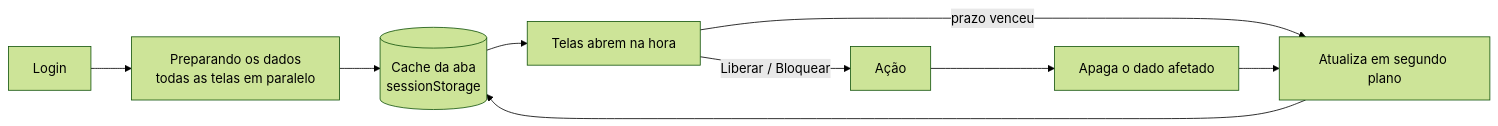
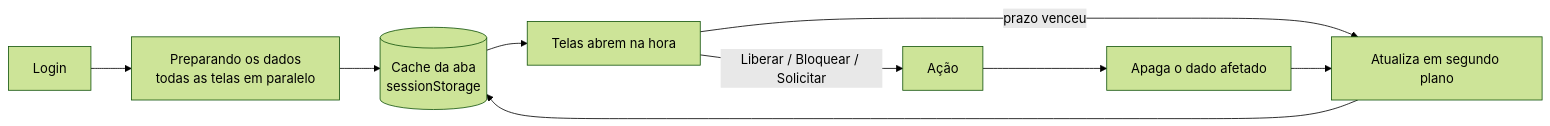
One commit to clariens/painel-integracao-desbloqueio-CNN-web changed the fifth of 6 diagrams in docs/arquitetura.md. Above: the diagram before and after it, drawn with Mermaid (forest theme). The commit also changed other lines of this file and 91 other files, not shown here.

````diff
--- a/docs/arquitetura.md
+++ b/docs/arquitetura.md
@@ -200,9 +215,9 @@
 ```mermaid
 flowchart LR
     L["Login"] --> P["Preparando os dados<br/>todas as telas em paralelo"]
     P --> C[("Cache da aba<br/>sessionStorage")]
     C --> T["Telas abrem na hora"]
     T -->|"prazo venceu"| BG["Atualiza em segundo plano"]
     BG --> C
-    T -->|"Liberar / Bloquear"| A["Ação"] --> X["Apaga o dado afetado"] --> BG
+    T -->|"Liberar / Bloquear / Solicitar"| A["Ação"] --> X["Apaga o dado afetado"] --> BG
 ```
````
